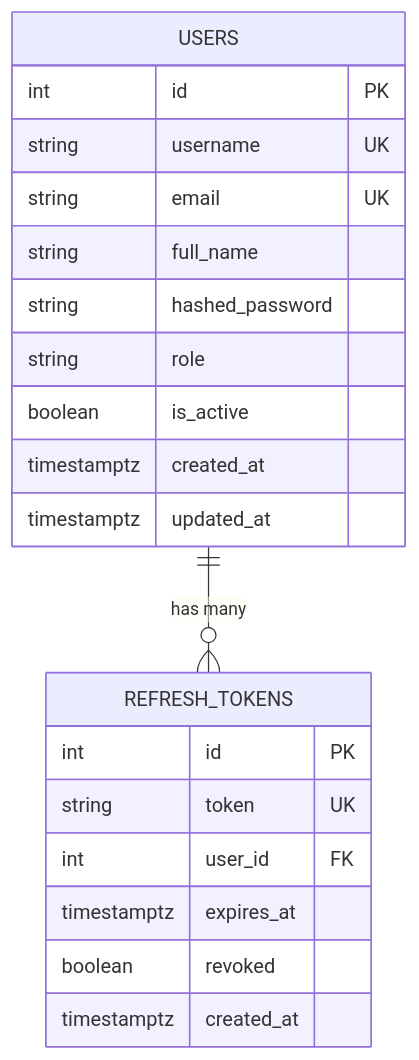
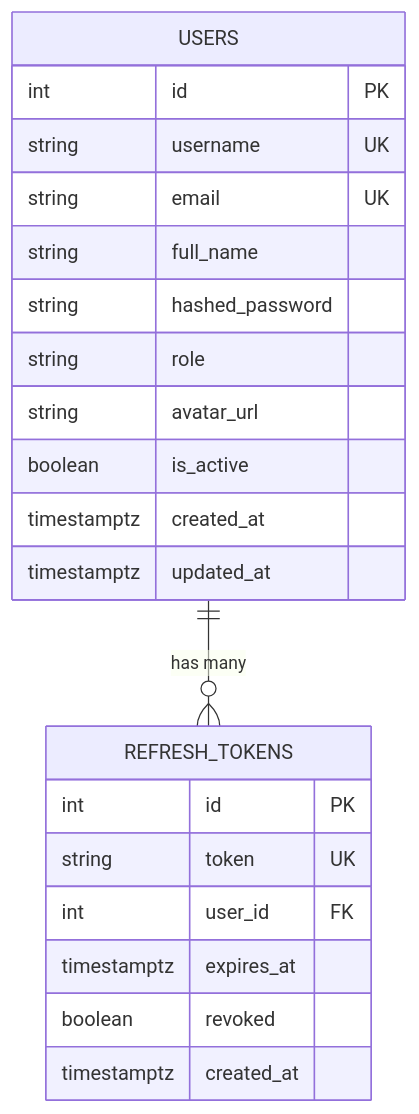
One commit to Nikita5543/New-SSO-02 changed the second of 6 diagrams in .qoder/repowiki/en/content/Database Design.md. Above: the diagram before and after it, drawn with Mermaid. The commit also changed other lines of this file and 4 other files, not shown here.

````diff
--- a/.qoder/repowiki/en/content/Database Design.md
+++ b/.qoder/repowiki/en/content/Database Design.md
@@ -136,23 +135,24 @@
 ```mermaid
 erDiagram
 USERS {
 int id PK
 string username UK
 string email UK
 string full_name
 string hashed_password
 string role
+string avatar_url
 boolean is_active
 timestamptz created_at
 timestamptz updated_at
 }
 REFRESH_TOKENS {
 int id PK
 string token UK
 int user_id FK
 timestamptz expires_at
 boolean revoked
 timestamptz created_at
 }
 USERS ||--o{ REFRESH_TOKENS : "has many"
 ```
````
